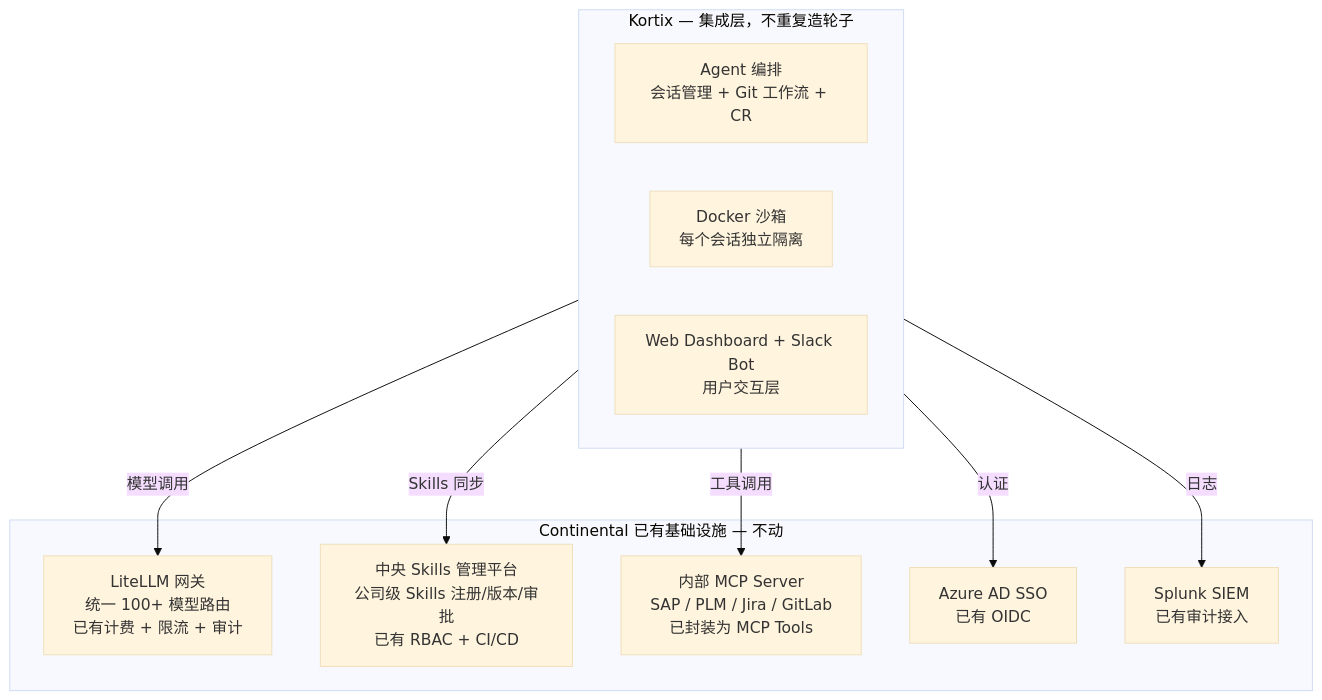
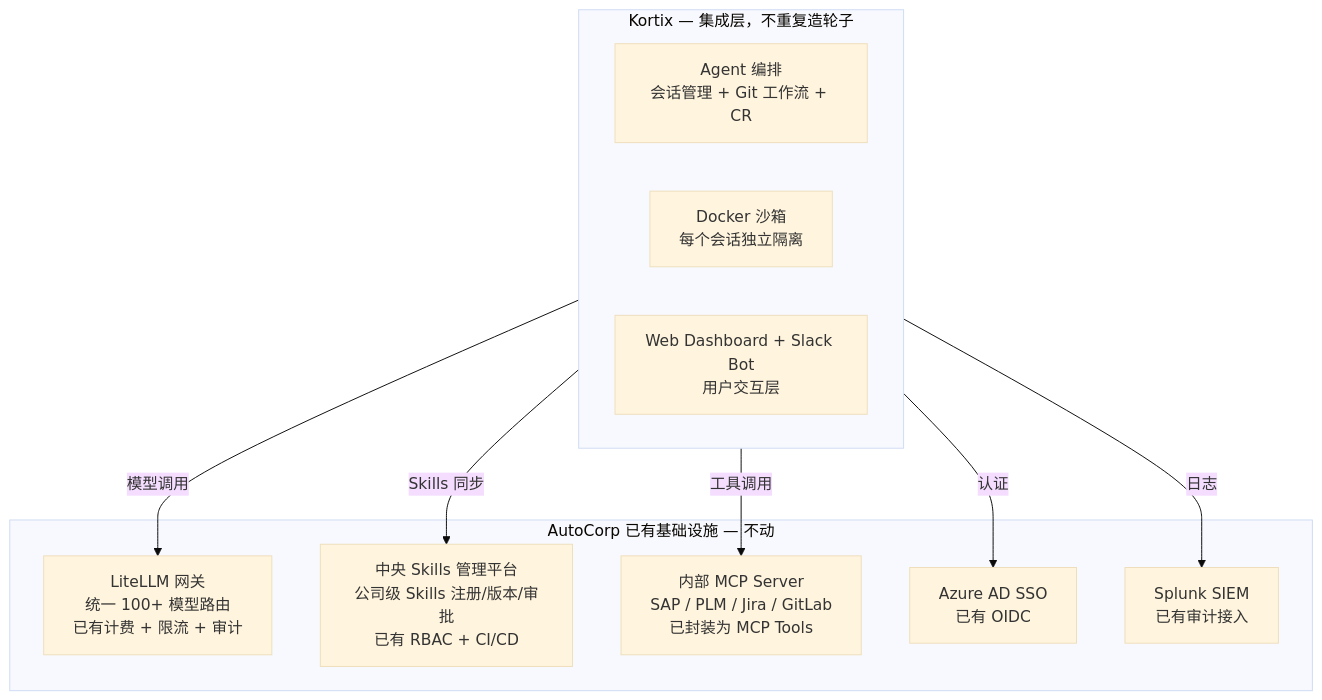
Diagram 14 of 19 in suna-deep-dive.md (SilkLee/full-stack-guide), drawn with Mermaid (base theme) before and after one commit. The commit also changed other lines of this file, not shown here.

Commit message:
Replace all Continental references with AutoCorp (fake company name)

````diff
--- a/suna-deep-dive.md
+++ b/suna-deep-dive.md
@@ -977,22 +977,22 @@
 ```mermaid
 flowchart TB
-    subgraph EXISTING["Continental 已有基础设施 — 不动"]
+    subgraph EXISTING["AutoCorp 已有基础设施 — 不动"]
         LITELLM["LiteLLM 网关<br/>统一 100+ 模型路由<br/>已有计费 + 限流 + 审计"]
         SKILLS_PLATFORM["中央 Skills 管理平台<br/>公司级 Skills 注册/版本/审批<br/>已有 RBAC + CI/CD"]
         MCP["内部 MCP Server<br/>SAP / PLM / Jira / GitLab<br/>已封装为 MCP Tools"]
         SSO["Azure AD SSO<br/>已有 OIDC"]
         SIEM["Splunk SIEM<br/>已有审计接入"]
     end
 
     subgraph KORTIX["Kortix — 集成层，不重复造轮子"]
         AGENT["Agent 编排<br/>会话管理 + Git 工作流 + CR"]
         SANDBOX["Docker 沙箱<br/>每个会话独立隔离"]
         FRONTEND["Web Dashboard + Slack Bot<br/>用户交互层"]
     end
 
     KORTIX -->|"模型调用"| LITELLM
     KORTIX -->|"Skills 同步"| SKILLS_PLATFORM
     KORTIX -->|"工具调用"| MCP
     KORTIX -->|"认证"| SSO
     KORTIX -->|"日志"| SIEM
 ```
````
